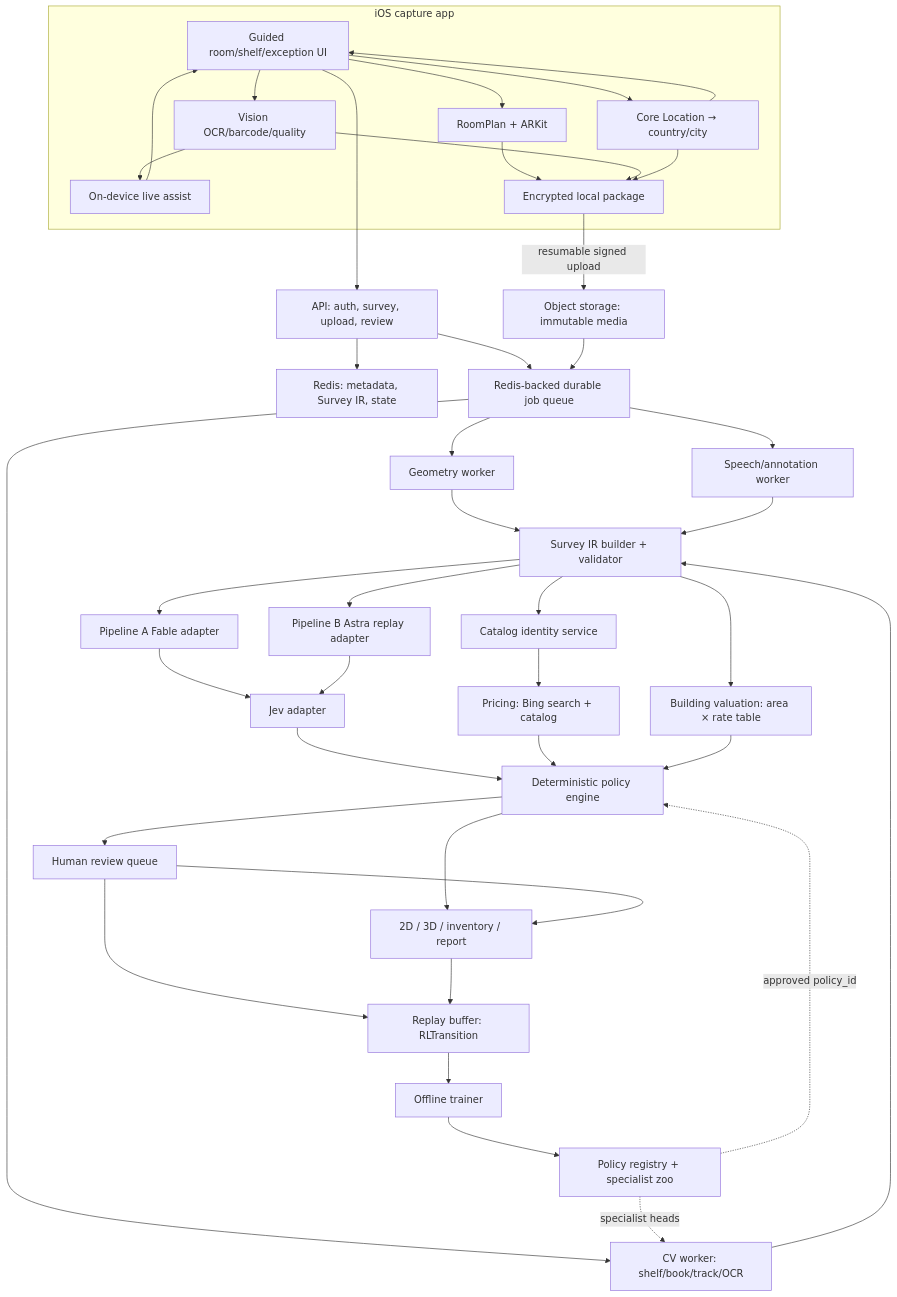
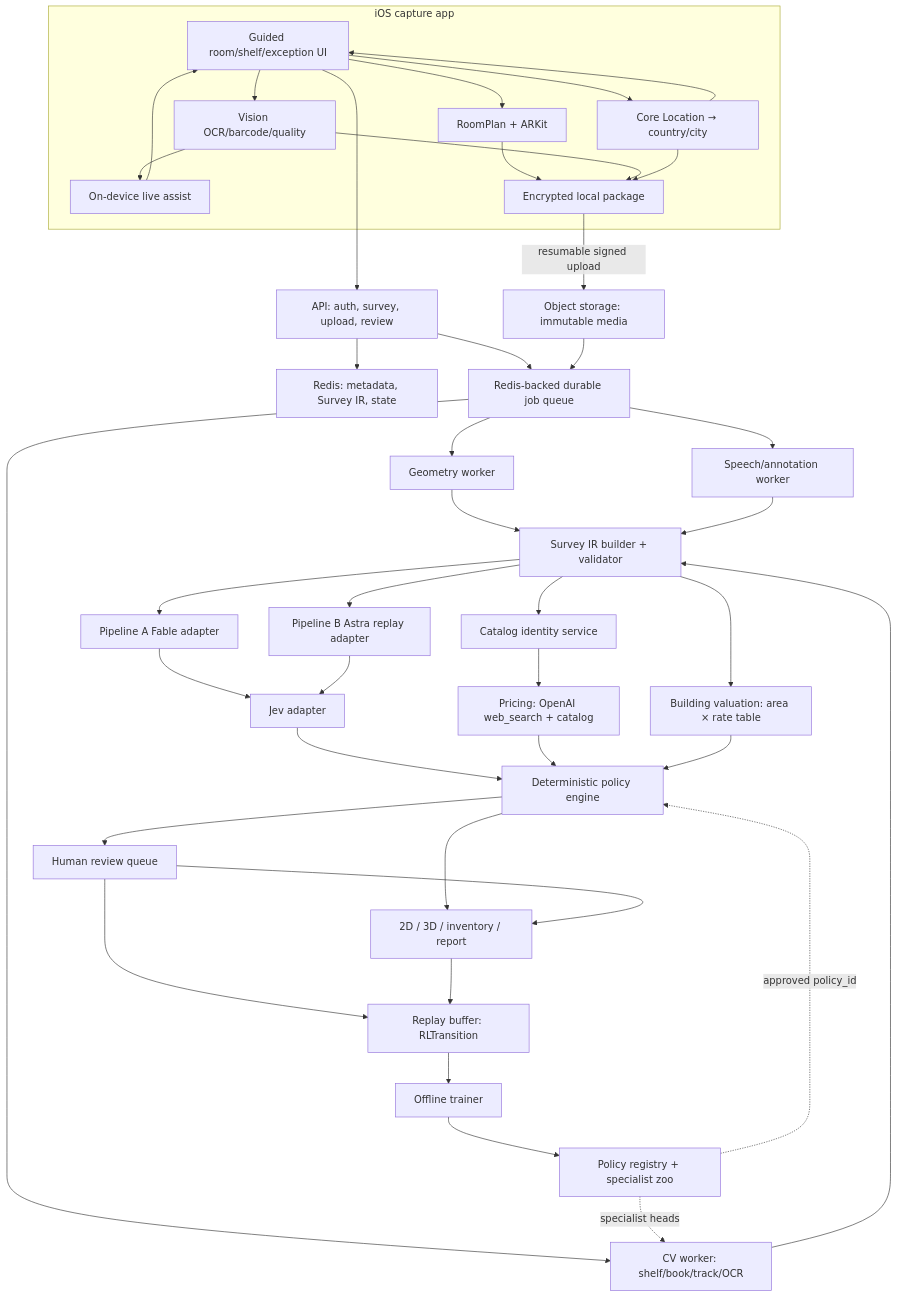
The sixth of 8 diagrams in FINAL-PLAN.md (harshsinha-12/library-estimate), drawn with Mermaid before and after one commit. The commit also changed other lines of this file and 8 other files, not shown here.

````diff
--- a/FINAL-PLAN.md
+++ b/FINAL-PLAN.md
@@ -931,53 +944,53 @@
 ```mermaid
 flowchart TB
   subgraph Phone["iOS capture app"]
     UI["Guided room/shelf/exception UI"]
     RP["RoomPlan + ARKit"]
     LV["Vision OCR/barcode/quality"]
     LA["On-device live assist"]
     CL["Core Location → country/city"]
     LS["Encrypted local package"]
     UI --> RP
     UI --> LV
     UI --> CL
     LV --> LA
     LA --> UI
     CL --> UI
     RP --> LS
     LV --> LS
     CL --> LS
   end
 
   LS -->|"resumable signed upload"| OBJ["Object storage: immutable media"]
   UI --> API["API: auth, survey, upload, review"]
   API --> DB["Redis: metadata, Survey IR, state"]
   API --> WF["Redis-backed durable job queue"]
   OBJ --> WF
 
   WF --> GEO["Geometry worker"]
   WF --> CV["CV worker: shelf/book/track/OCR"]
   WF --> STT["Speech/annotation worker"]
   GEO --> IR["Survey IR builder + validator"]
   CV --> IR
   STT --> IR
 
   IR --> CAT["Catalog identity service"]
-  CAT --> PRICE["Pricing: Bing search + catalog"]
+  CAT --> PRICE["Pricing: OpenAI web_search + catalog"]
   IR --> BVAL["Building valuation: area × rate table"]
   IR --> PA["Pipeline A Fable adapter"]
   IR --> PB["Pipeline B Astra replay adapter"]
   PA --> JEV["Jev adapter"]
   PB --> JEV
   JEV --> POL["Deterministic policy engine"]
   PRICE --> POL
   BVAL --> POL
   POL --> REVIEW["Human review queue"]
   POL --> REPORT["2D / 3D / inventory / report"]
   REVIEW --> REPORT
   REVIEW --> BUF["Replay buffer: RLTransition"]
   REPORT --> BUF
   BUF --> TRAIN["Offline trainer"]
   TRAIN --> REG["Policy registry + specialist zoo"]
   REG -.->|approved policy_id| POL
   REG -.->|specialist heads| CV
 ```
````
